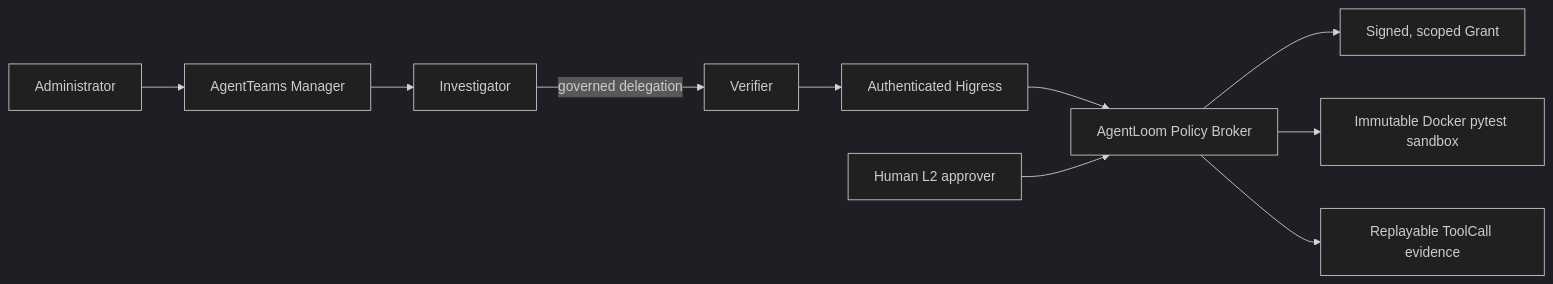
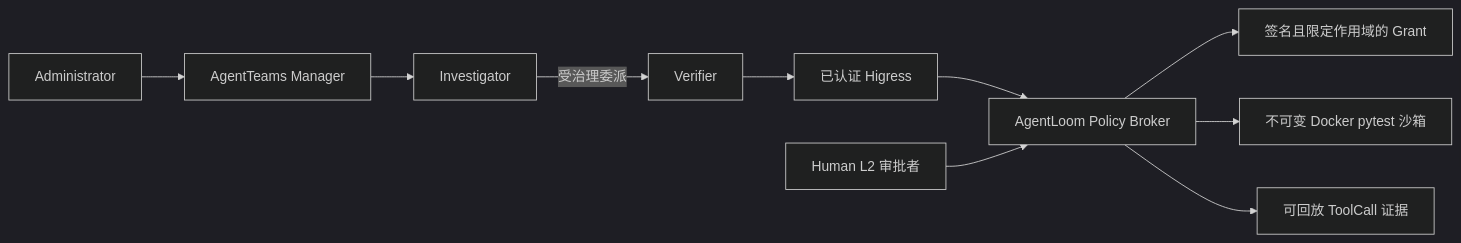
Before and after one commit to WilliamClifton-dev/AgentLoom: the diagram in README.md, drawn with Mermaid (dark theme). The commit also changed other lines of this file and 2 other files, not shown here.

````diff
--- a/README.md
+++ b/README.md
@@ -61,12 +54,12 @@
 ```mermaid
 flowchart LR
     Administrator["Administrator"] --> Manager["AgentTeams Manager"]
     Manager --> Investigator["Investigator"]
-    Investigator -->|"governed delegation"| Verifier["Verifier"]
-    Verifier --> Higress["Authenticated Higress"]
+    Investigator -->|"受治理委派"| Verifier["Verifier"]
+    Verifier --> Higress["已认证 Higress"]
     Higress --> Broker["AgentLoom Policy Broker"]
-    Broker --> Grant["Signed, scoped Grant"]
-    Broker --> Sandbox["Immutable Docker pytest sandbox"]
-    Broker --> Evidence["Replayable ToolCall evidence"]
-    Human["Human L2 approver"] --> Broker
+    Broker --> Grant["签名且限定作用域的 Grant"]
+    Broker --> Sandbox["不可变 Docker pytest 沙箱"]
+    Broker --> Evidence["可回放 ToolCall 证据"]
+    Human["Human L2 审批者"] --> Broker
 ```
````
